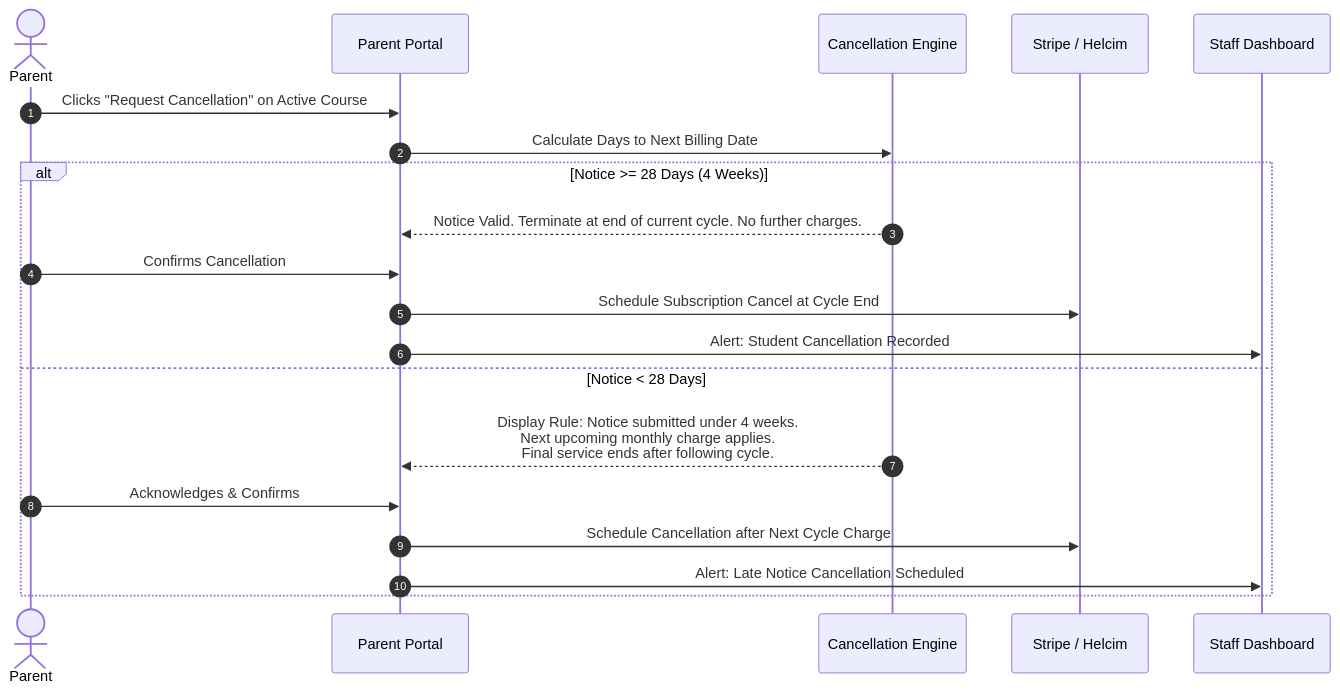
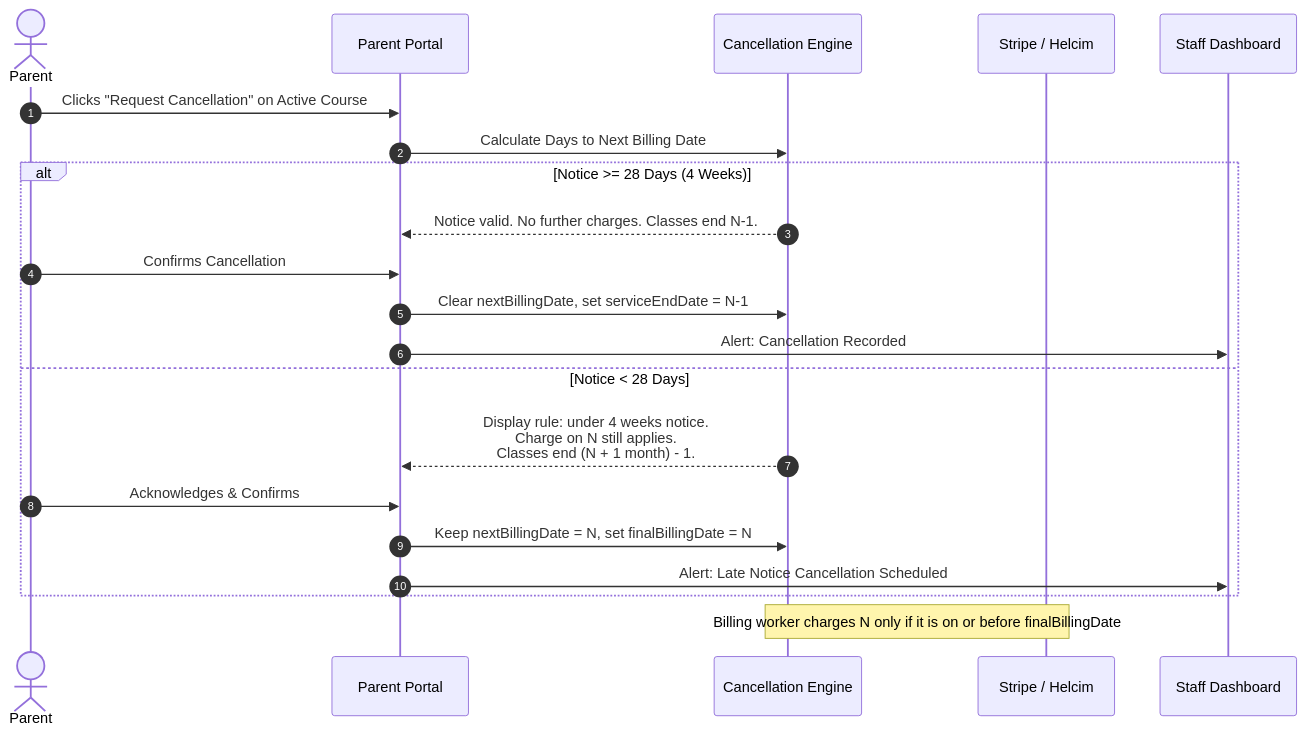
The second of 2 diagrams in STEMOTICS_R&D_Documentation/DOC/Phase-05-Registration-Checkout.md (sohailamir06/STEMOTICS-Website-CMS), drawn with Mermaid before and after one commit. The commit also changed other lines of this file and 12 other files, not shown here.

````diff
--- a/STEMOTICS_R&D_Documentation/DOC/Phase-05-Registration-Checkout.md
+++ b/STEMOTICS_R&D_Documentation/DOC/Phase-05-Registration-Checkout.md
@@ -85,23 +110,24 @@
 ```mermaid
 sequenceDiagram
     autonumber
     actor Parent
     participant Portal as Parent Portal
     participant Engine as Cancellation Engine
     participant Gateway as Stripe / Helcim
     participant Staff as Staff Dashboard
 
     Parent->>Portal: Clicks "Request Cancellation" on Active Course
     Portal->>Engine: Calculate Days to Next Billing Date
     alt Notice >= 28 Days (4 Weeks)
-        Engine-->>Portal: Notice Valid. Terminate at end of current cycle. No further charges.
+        Engine-->>Portal: Notice valid. No further charges. Classes end N-1.
         Parent->>Portal: Confirms Cancellation
-        Portal->>Gateway: Schedule Subscription Cancel at Cycle End
-        Portal->>Staff: Alert: Student Cancellation Recorded
+        Portal->>Engine: Clear nextBillingDate, set serviceEndDate = N-1
+        Portal->>Staff: Alert: Cancellation Recorded
     else Notice < 28 Days
-        Engine-->>Portal: Display Rule: Notice submitted under 4 weeks.<br/>Next upcoming monthly charge applies.<br/>Final service ends after following cycle.
+        Engine-->>Portal: Display rule: under 4 weeks notice.<br/>Charge on N still applies.<br/>Classes end (N + 1 month) - 1.
         Parent->>Portal: Acknowledges & Confirms
-        Portal->>Gateway: Schedule Cancellation after Next Cycle Charge
+        Portal->>Engine: Keep nextBillingDate = N, set finalBillingDate = N
         Portal->>Staff: Alert: Late Notice Cancellation Scheduled
     end
+    Note over Engine,Gateway: Billing worker charges N only if it is on or before finalBillingDate
 ```
````
